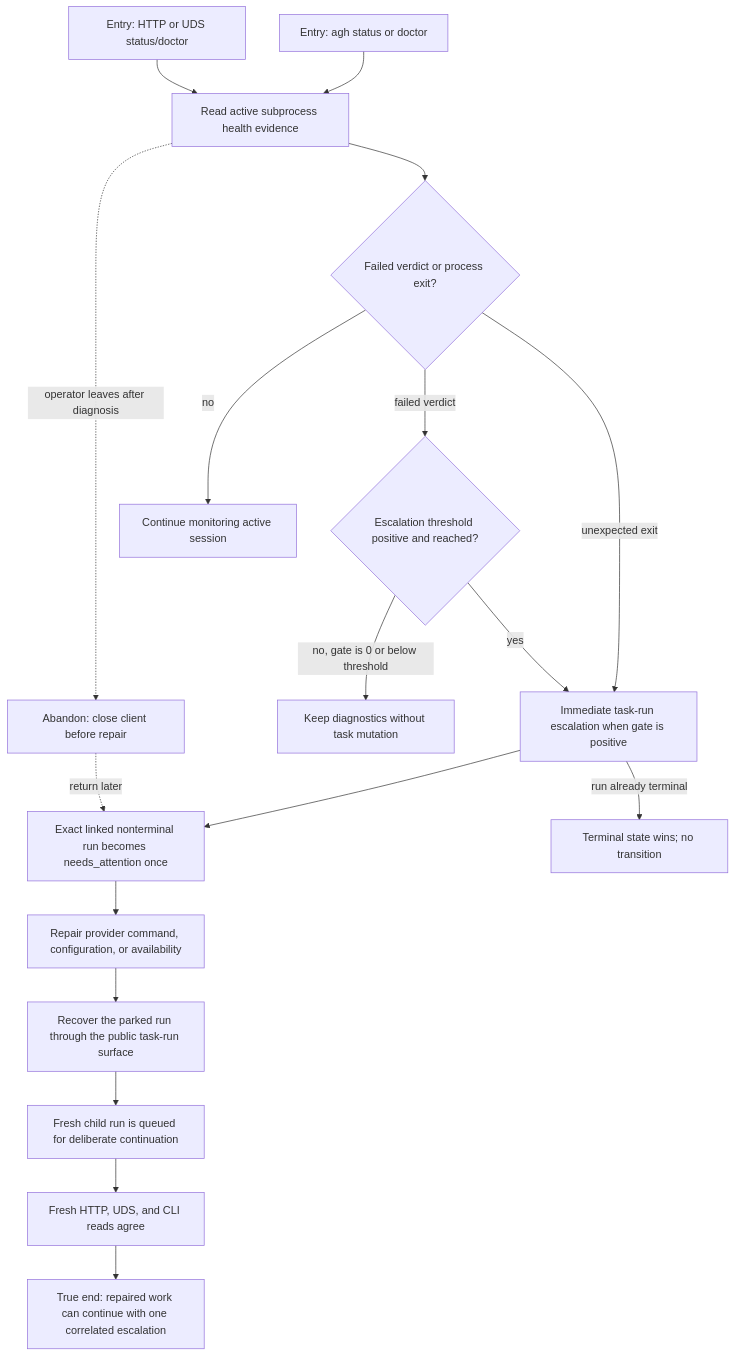
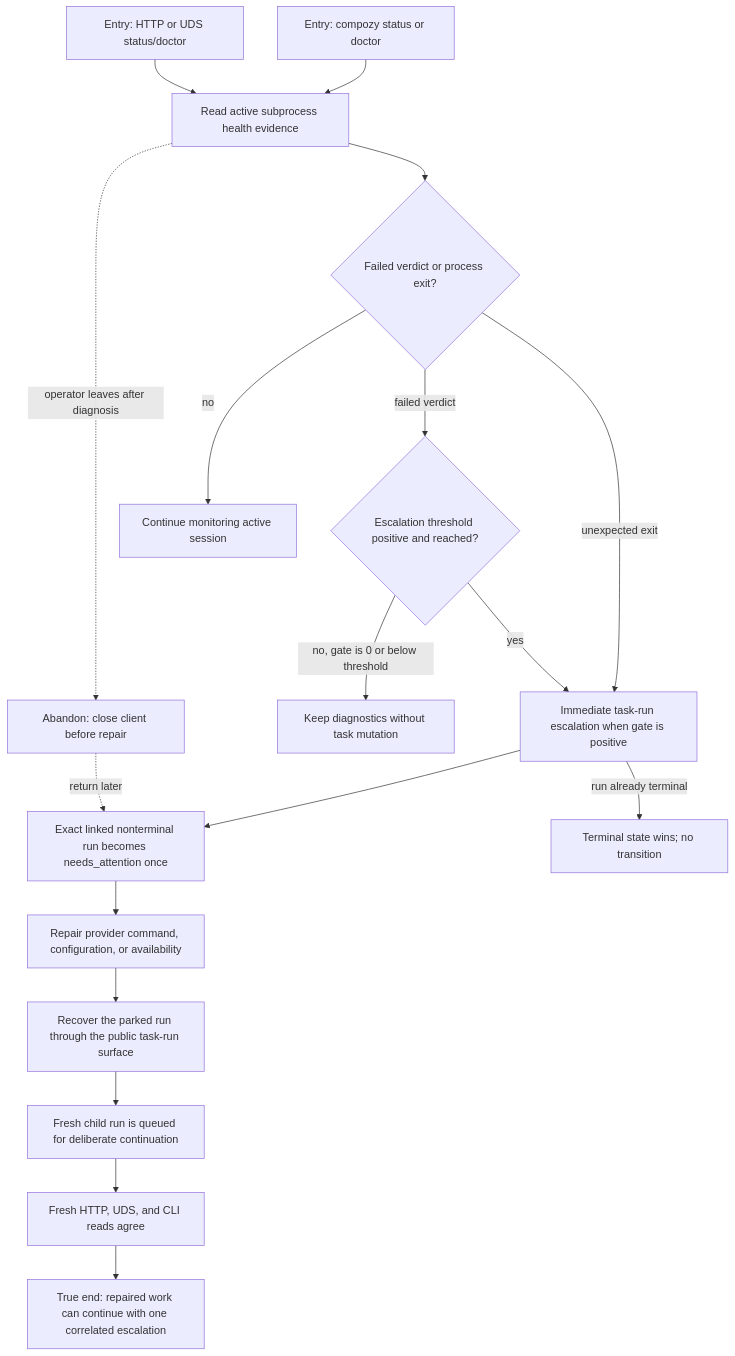
Before and after one commit to compozy/compozy: the diagram in docs/qa/journeys/J-diagnose-task-session-health.md, drawn with Mermaid. The commit also changed other lines of this file and 831 other files, not shown here.

````diff
--- a/docs/qa/journeys/J-diagnose-task-session-health.md
+++ b/docs/qa/journeys/J-diagnose-task-session-health.md
@@ -8,20 +8,20 @@
 ```mermaid
 flowchart TD
-    E1[Entry: agh status or doctor] --> H[Read active subprocess health evidence]
+    E1[Entry: compozy status or doctor] --> H[Read active subprocess health evidence]
     E2[Entry: HTTP or UDS status/doctor] --> H
     H --> V{Failed verdict or process exit?}
     V -->|failed verdict| T{Escalation threshold positive and reached?}
     V -->|unexpected exit| X[Immediate task-run escalation when gate is positive]
     V -->|no| OK[Continue monitoring active session]
     T -->|no, gate is 0 or below threshold| D[Keep diagnostics without task mutation]
     T -->|yes| X
     X --> N[Exact linked nonterminal run becomes needs_attention once]
     X -->|run already terminal| W[Terminal state wins; no transition]
     N --> R[Repair provider command, configuration, or availability]
     R --> C[Recover the parked run through the public task-run surface]
     C --> Q[Fresh child run is queued for deliberate continuation]
     Q --> F[Fresh HTTP, UDS, and CLI reads agree]
     F --> TE[True end: repaired work can continue with one correlated escalation]
     H -.->|operator leaves after diagnosis| AB[Abandon: close client before repair]
     AB -.->|return later| N
 ```
````
